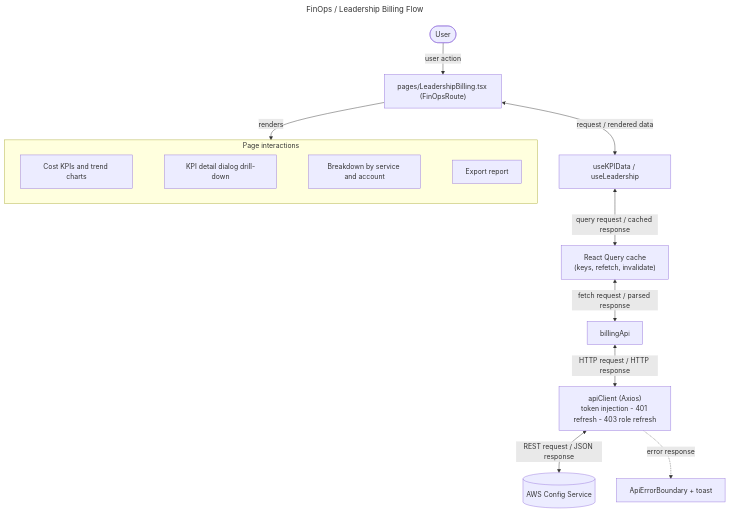
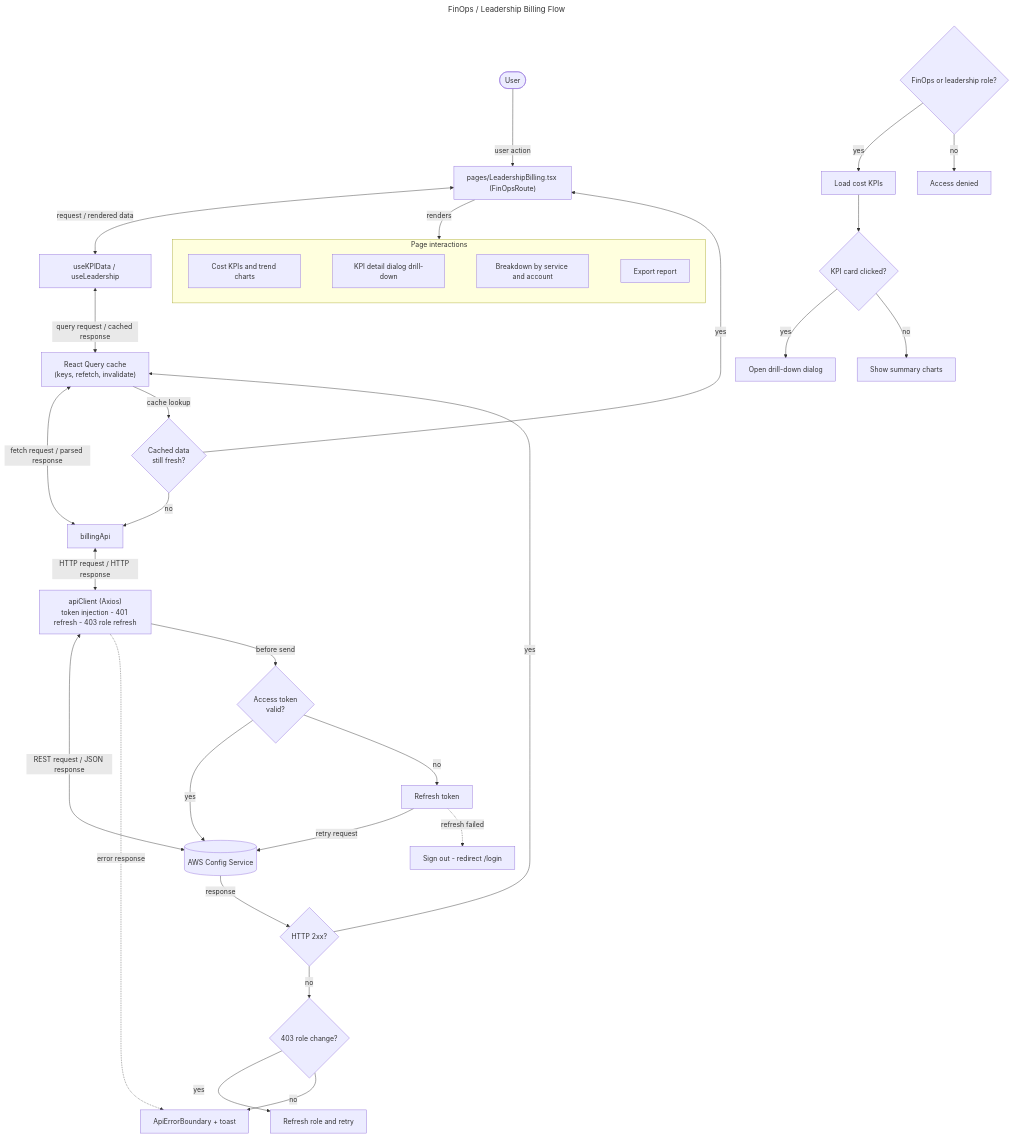
The diagram in docs/flowcharts/finops.mmd (sayeeduddinofficial/user-table-view), drawn with Mermaid before and after one commit. The commit also changed 18 other files, not shown here.

```diff
--- a/docs/flowcharts/finops.mmd
+++ b/docs/flowcharts/finops.mmd
@@ -1,20 +1,41 @@
 ---
 title: FinOps / Leadership Billing Flow
 ---
 flowchart TD
   U([User]) -->|"user action"| P["pages/LeadershipBilling.tsx (FinOpsRoute)"]
   P <-->|"request / rendered data"| H["useKPIData / useLeadership"]
   H <-->|"query request / cached response"| Q["React Query cache<br/>(keys, refetch, invalidate)"]
   Q <-->|"fetch request / parsed response"| A["billingApi"]
   A <-->|"HTTP request / HTTP response"| C["apiClient (Axios)<br/>token injection - 401 refresh - 403 role refresh"]
   C <-->|"REST request / JSON response"| S[("AWS Config Service")]
   P -->|"renders"| UI
   subgraph UI[Page interactions]
     direction LR
     S0["Cost KPIs and trend charts"]
     S1["KPI detail dialog drill-down"]
     S2["Breakdown by service and account"]
     S3["Export report"]
     S0 ~~~ S1 ~~~ S2 ~~~ S3
   end
   C -. "error response" .-> E["ApiErrorBoundary + toast"]
+
+  %% ---- Condition-based paths ----
+  Q -->|"cache lookup"| D1{"Cached data<br/>still fresh?"}
+  D1 -->|"yes"| P
+  D1 -->|"no"| A
+  C -->|"before send"| D2{"Access token<br/>valid?"}
+  D2 -->|"yes"| S
+  D2 -->|"no"| RT["Refresh token"]
+  RT -->|"retry request"| S
+  RT -. "refresh failed" .-> LO["Sign out - redirect /login"]
+  S -->|"response"| D3{"HTTP 2xx?"}
+  D3 -->|"yes"| Q
+  D3 -->|"no"| D4{"403 role change?"}
+  D4 -->|"yes"| RR["Refresh role and retry"]
+  D4 -->|"no"| E
+  %% ---- Service specific decisions ----
+  X0{"FinOps or leadership role?"} -->|"yes"| X1["Load cost KPIs"]
+  X0 -->|"no"| X2["Access denied"]
+  X1 --> X3{"KPI card clicked?"}
+  X3 -->|"yes"| X4["Open drill-down dialog"]
+  X3 -->|"no"| X5["Show summary charts"]
```
